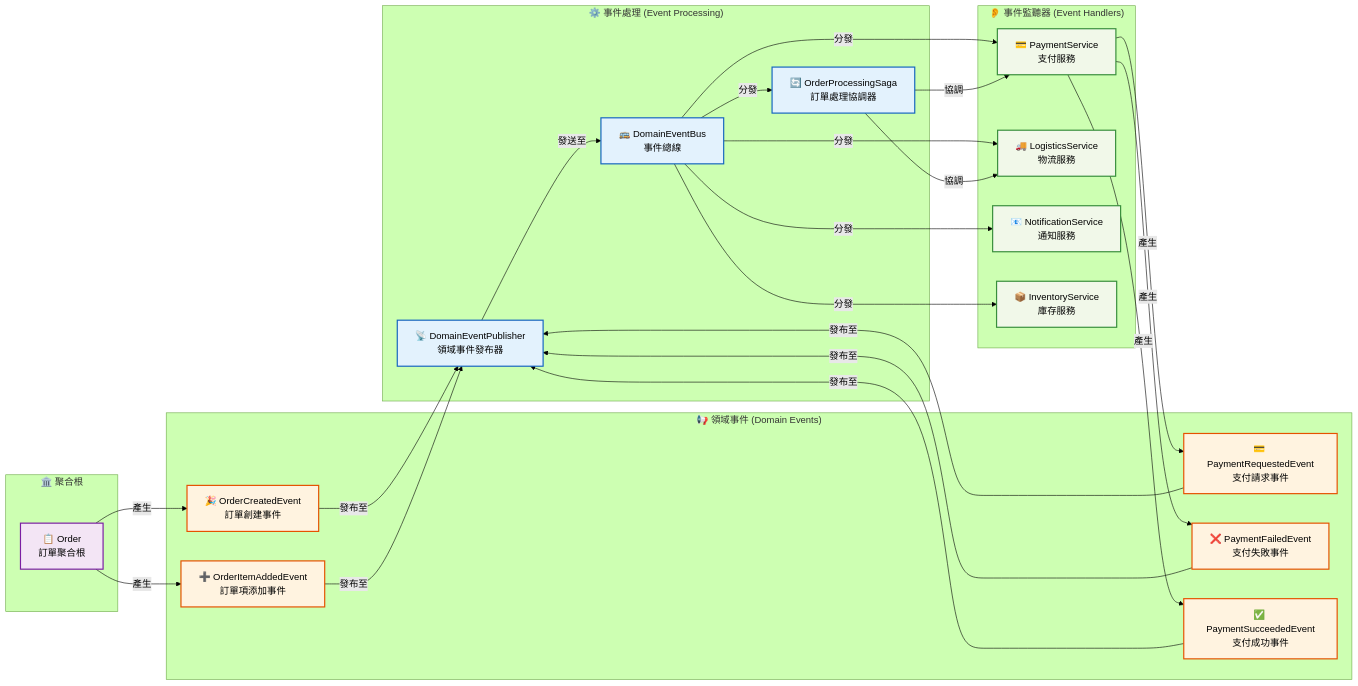
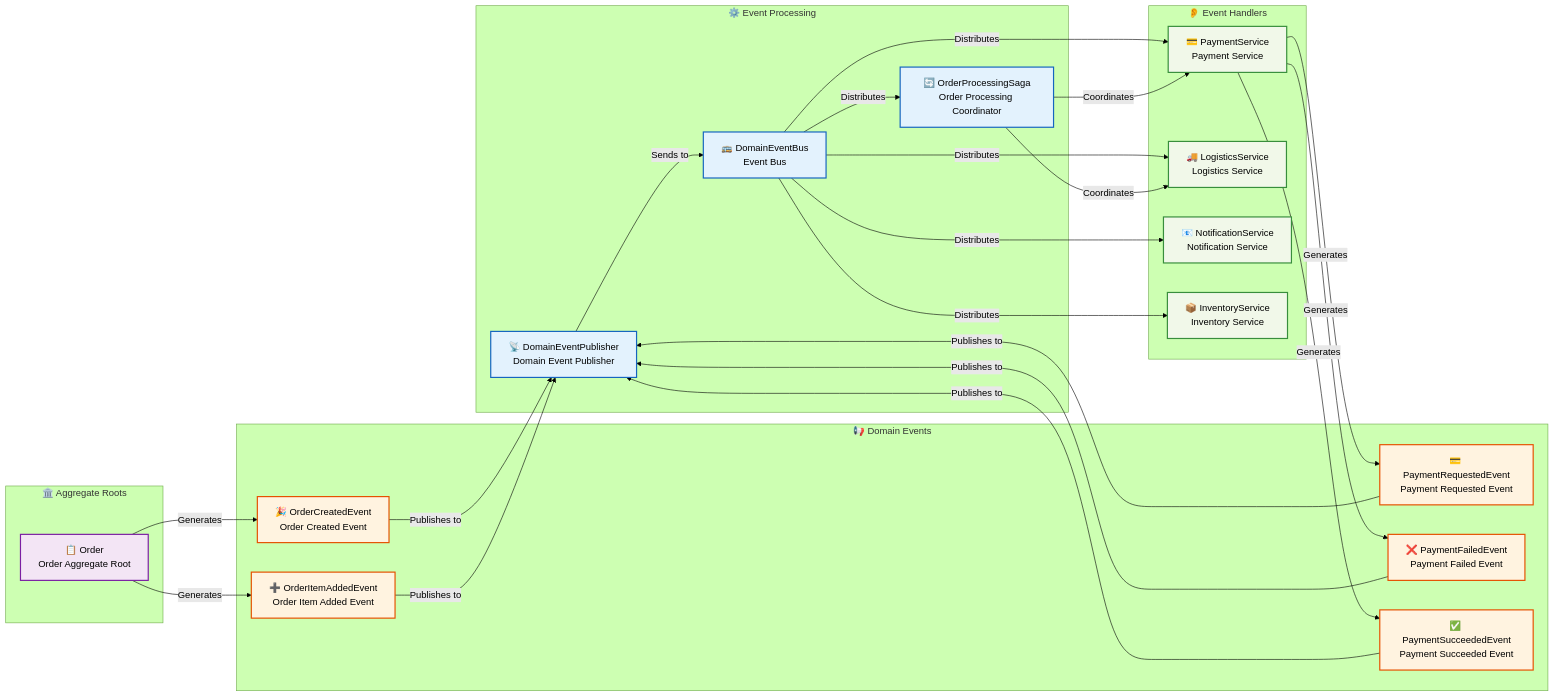
Before and after one commit to humank/genai-demo: the third of 5 diagrams in docs/architecture/overview.md, drawn with Mermaid (forest theme). The commit also changed other lines of this file and 453 other files, not shown here.

First line of the commit message:
feat: Complete translation of key architecture and API documentation

````diff
--- a/docs/architecture/overview.md
+++ b/docs/architecture/overview.md
@@ -149,56 +149,56 @@
 ```mermaid
 graph LR
-    subgraph 領域事件 ["📢 領域事件 (Domain Events)"]
-        OCE[🎉 OrderCreatedEvent<br/>訂單創建事件]
-        OIAE[➕ OrderItemAddedEvent<br/>訂單項添加事件]
-        PRE[💳 PaymentRequestedEvent<br/>支付請求事件]
-        PFE[❌ PaymentFailedEvent<br/>支付失敗事件]
-        PSE[✅ PaymentSucceededEvent<br/>支付成功事件]
+    subgraph 領域事件 ["📢 Domain Events"]
+        OCE[🎉 OrderCreatedEvent<br/>Order Created Event]
+        OIAE[➕ OrderItemAddedEvent<br/>Order Item Added Event]
+        PRE[💳 PaymentRequestedEvent<br/>Payment Requested Event]
+        PFE[❌ PaymentFailedEvent<br/>Payment Failed Event]
+        PSE[✅ PaymentSucceededEvent<br/>Payment Succeeded Event]
     end
     
-    subgraph 事件處理 ["⚙️ 事件處理 (Event Processing)"]
-        EP[📡 DomainEventPublisher<br/>領域事件發布器]
-        EB[🚌 DomainEventBus<br/>事件總線]
-        OS[🔄 OrderProcessingSaga<br/>訂單處理協調器]
+    subgraph 事件處理 ["⚙️ Event Processing"]
+        EP[📡 DomainEventPublisher<br/>Domain Event Publisher]
+        EB[🚌 DomainEventBus<br/>Event Bus]
+        OS[🔄 OrderProcessingSaga<br/>Order Processing Coordinator]
     end
     
-    subgraph 事件監聽器 ["👂 事件監聽器 (Event Handlers)"]
-        PS[💳 PaymentService<br/>支付服務]
-        LS[🚚 LogisticsService<br/>物流服務]
-        NS[📧 NotificationService<br/>通知服務]
-        IS[📦 InventoryService<br/>庫存服務]
+    subgraph 事件監聽器 ["👂 Event Handlers"]
+        PS[💳 PaymentService<br/>Payment Service]
+        LS[🚚 LogisticsService<br/>Logistics Service]
+        NS[📧 NotificationService<br/>Notification Service]
+        IS[📦 InventoryService<br/>Inventory Service]
     end
     
-    subgraph 聚合根 ["🏛️ 聚合根"]
-        AGG[📋 Order<br/>訂單聚合根]
+    subgraph 聚合根 ["🏛️ Aggregate Roots"]
+        AGG[📋 Order<br/>Order Aggregate Root]
     end
     
-    AGG -->|產生| OCE
-    AGG -->|產生| OIAE
-    OCE -->|發布至| EP
-    OIAE -->|發布至| EP
-    EP -->|發送至| EB
-    EB -->|分發| OS
-    EB -->|分發| PS
-    EB -->|分發| LS
-    EB -->|分發| NS
-    EB -->|分發| IS
-    OS -->|協調| PS
-    OS -->|協調| LS
-    PS -->|產生| PRE
-    PS -->|產生| PFE
-    PS -->|產生| PSE
-    PRE -->|發布至| EP
-    PFE -->|發布至| EP
-    PSE -->|發布至| EP
+    AGG -->|Generates| OCE
+    AGG -->|Generates| OIAE
+    OCE -->|Publishes to| EP
+    OIAE -->|Publishes to| EP
+    EP -->|Sends to| EB
+    EB -->|Distributes| OS
+    EB -->|Distributes| PS
+    EB -->|Distributes| LS
+    EB -->|Distributes| NS
+    EB -->|Distributes| IS
+    OS -->|Coordinates| PS
+    OS -->|Coordinates| LS
+    PS -->|Generates| PRE
+    PS -->|Generates| PFE
+    PS -->|Generates| PSE
+    PRE -->|Publishes to| EP
+    PFE -->|Publishes to| EP
+    PSE -->|Publishes to| EP
     
     classDef event fill:#fff3e0,stroke:#e65100,stroke-width:2px
     classDef publisher fill:#e3f2fd,stroke:#1565c0,stroke-width:2px
     classDef handler fill:#f1f8e9,stroke:#388e3c,stroke-width:2px
     classDef aggregateRoot fill:#f3e5f5,stroke:#7b1fa2,stroke-width:2px
     
     class OCE,OIAE,PRE,PFE,PSE event
     class EP,EB,OS publisher
     class PS,LS,NS,IS handler
     class AGG aggregateRoot
 ```
````
